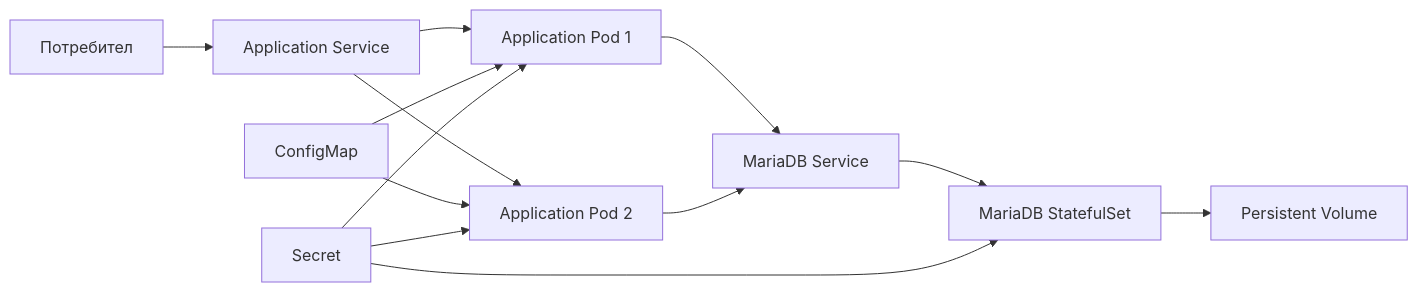
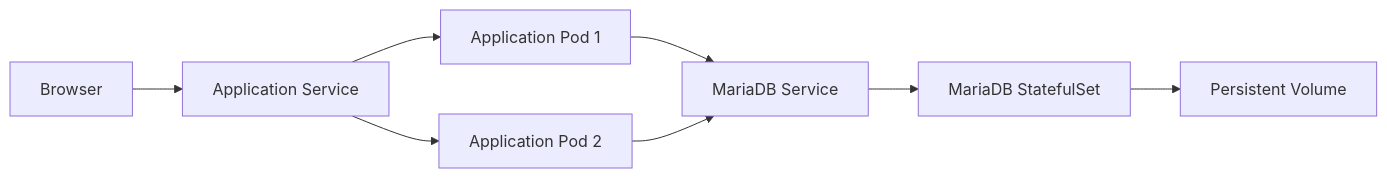
Before and after one commit to nyotova19/web-course-dashboard: the diagram in README.md, drawn with Mermaid. The commit also changed other lines of this file and 3 other files, not shown here.

````diff
--- a/README.md
+++ b/README.md
@@ -24,17 +24,10 @@
 ```mermaid
 flowchart LR
-    U[Потребител] --> S[Application Service]
-    S --> P1[Application Pod 1]
-    S --> P2[Application Pod 2]
-
-    P1 --> DB[MariaDB Service]
-    P2 --> DB
-    DB --> ST[MariaDB StatefulSet]
-    ST --> PVC[Persistent Volume]
-
-    CM[ConfigMap] --> P1
-    CM --> P2
-    SEC[Secret] --> P1
-    SEC --> P2
-    SEC --> ST
+    Browser --> Service[Application Service]
+    Service --> Pod1[Application Pod 1]
+    Service --> Pod2[Application Pod 2]
+    Pod1 --> DBService[MariaDB Service]
+    Pod2 --> DBService
+    DBService --> MariaDB[MariaDB StatefulSet]
+    MariaDB --> PVC[Persistent Volume]
 ```
````
